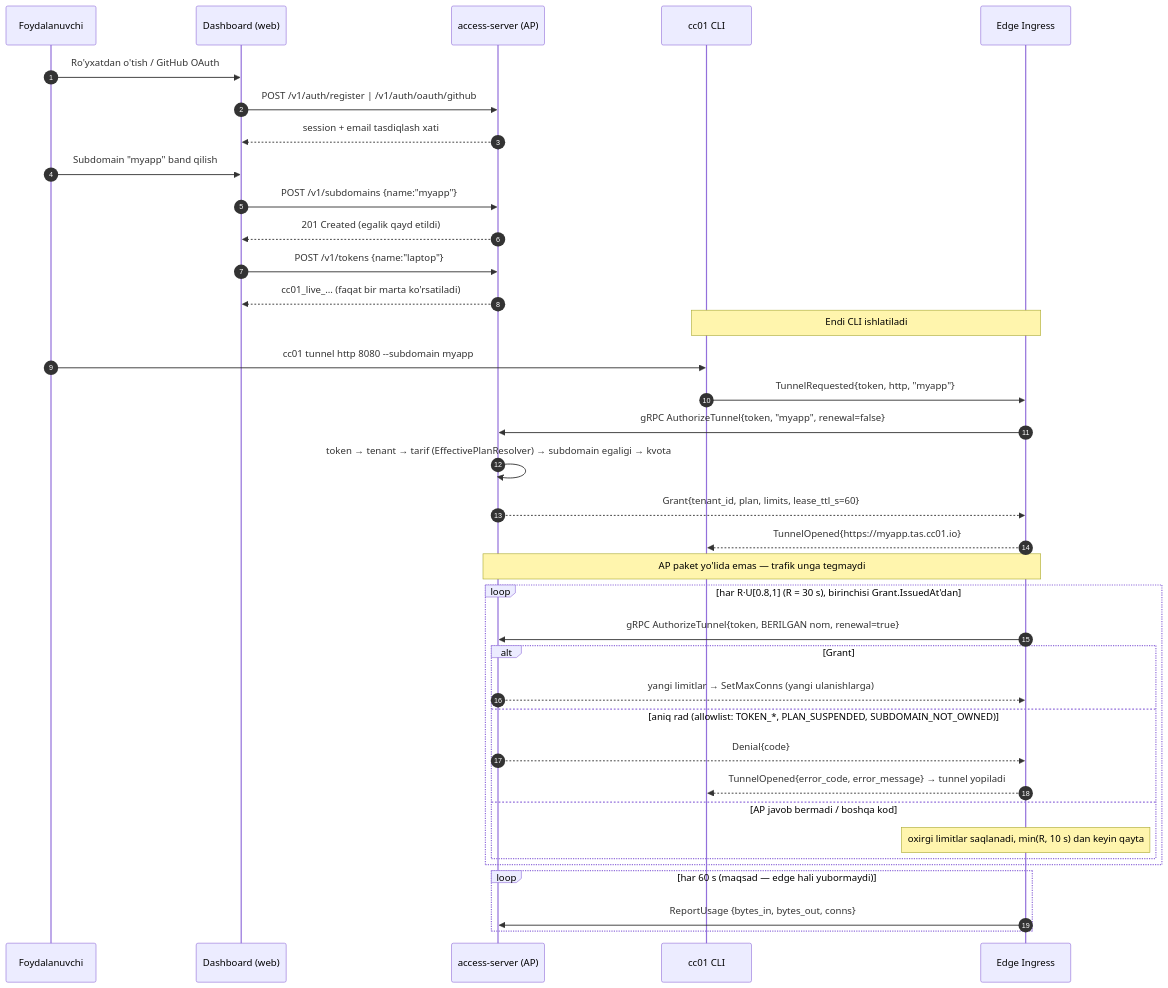
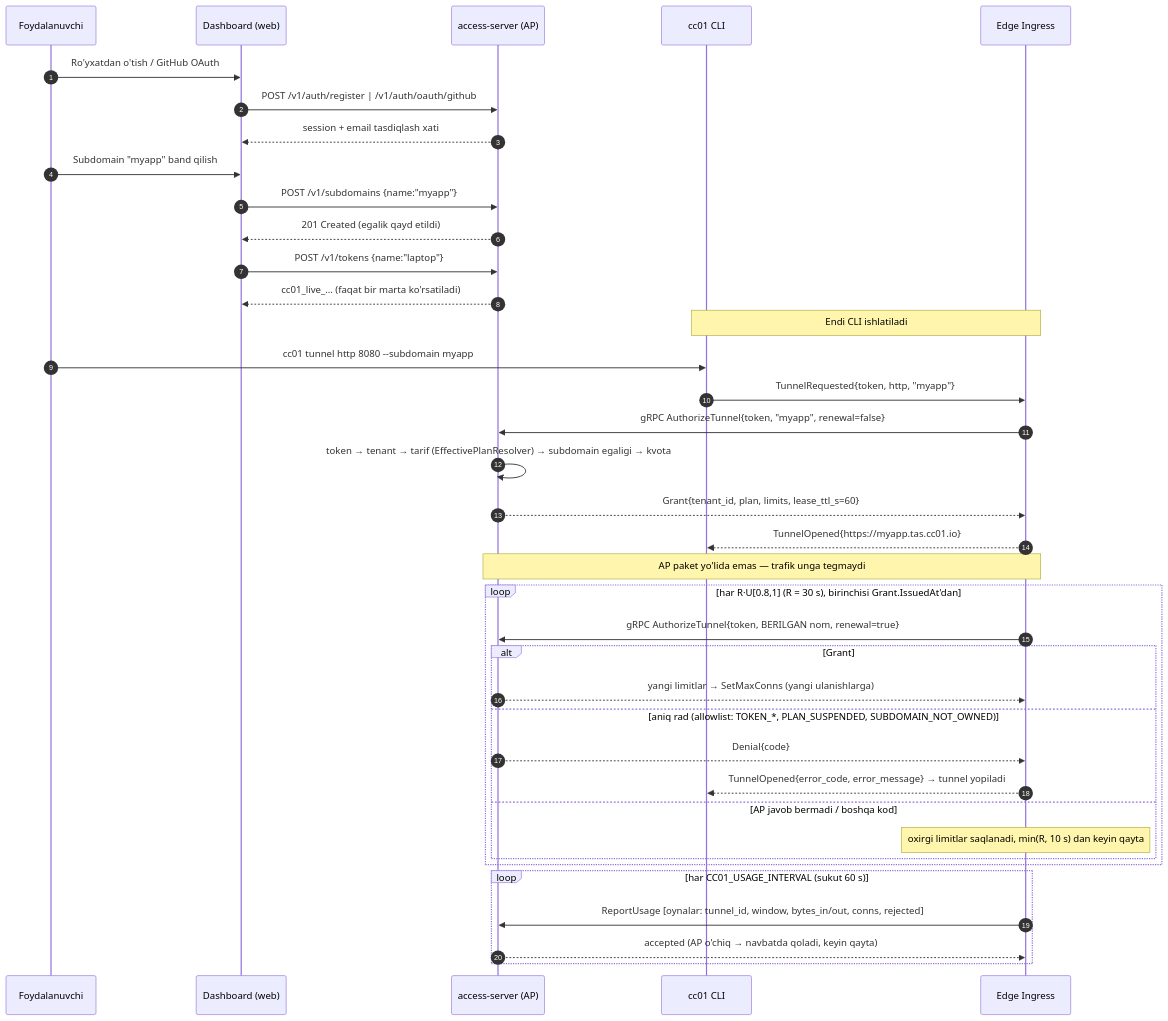
One commit to freco-dev/cc01 changed the second of 5 diagrams in docs/ARCHITECTURE.md. Above: the diagram before and after it, drawn with Mermaid. The commit also changed other lines of this file and 1 other file, not shown here.

Commit message:
docs: usage ✅ va plan-demo'da usage tekshiruvi
`make plan-demo` (CC01_USAGE_INTERVAL=10s) endi tekshiradi: tunnel
trafigi GET /v1/usage da ko'rinadi (bytesIn, bytesOut, connections,
tunnelHours > 0) va AP o'chiq paytda o'tgan ulanish navbatda kutib,
AP qaytgach yetib keladi (connections 1 → 2).

DEV_SPEC §6.2 (UsageRecord), §6.4 (ReportUsage qoidalari jadvali,
GET /v1/usage), §8 qatori ✅; ARCHITECTURE §1.6 va §3.4.4 ketma-ketlik
diagrammasi.

````diff
--- a/docs/ARCHITECTURE.md
+++ b/docs/ARCHITECTURE.md
@@ -751,41 +751,42 @@
 ```mermaid
 sequenceDiagram
     autonumber
     participant U as Foydalanuvchi
     participant W as Dashboard (web)
     participant A as access-server (AP)
     participant C as cc01 CLI
     participant E as Edge Ingress
 
     U->>W: Ro'yxatdan o'tish / GitHub OAuth
     W->>A: POST /v1/auth/register | /v1/auth/oauth/github
     A-->>W: session + email tasdiqlash xati
     U->>W: Subdomain "myapp" band qilish
     W->>A: POST /v1/subdomains {name:"myapp"}
     A-->>W: 201 Created (egalik qayd etildi)
     W->>A: POST /v1/tokens {name:"laptop"}
     A-->>W: cc01_live_… (faqat bir marta ko'rsatiladi)
 
     Note over C,E: Endi CLI ishlatiladi
     U->>C: cc01 tunnel http 8080 --subdomain myapp
     C->>E: TunnelRequested{token, http, "myapp"}
     E->>A: gRPC AuthorizeTunnel{token, "myapp", renewal=false}
     A->>A: token → tenant → tarif (EffectivePlanResolver) → subdomain egaligi → kvota
     A-->>E: Grant{tenant_id, plan, limits, lease_ttl_s=60}
     E-->>C: TunnelOpened{https://myapp.tas.cc01.io}
     Note over E,A: AP paket yo'lida emas — trafik unga tegmaydi
     loop har R·U[0.8,1] (R = 30 s), birinchisi Grant.IssuedAt'dan
         E->>A: gRPC AuthorizeTunnel{token, BERILGAN nom, renewal=true}
         alt Grant
             A-->>E: yangi limitlar → SetMaxConns (yangi ulanishlarga)
         else aniq rad (allowlist: TOKEN_*, PLAN_SUSPENDED, SUBDOMAIN_NOT_OWNED)
             A-->>E: Denial{code}
             E-->>C: TunnelOpened{error_code, error_message} → tunnel yopiladi
         else AP javob bermadi / boshqa kod
             Note over E: oxirgi limitlar saqlanadi, min(R, 10 s) dan keyin qayta
         end
     end
-    loop har 60 s (maqsad — edge hali yubormaydi)
-        E->>A: ReportUsage {bytes_in, bytes_out, conns}
+    loop har CC01_USAGE_INTERVAL (sukut 60 s)
+        E->>A: ReportUsage [oynalar: tunnel_id, window, bytes_in/out, conns, rejected]
+        A-->>E: accepted (AP o'chiq → navbatda qoladi, keyin qayta)
     end
 ```
````
